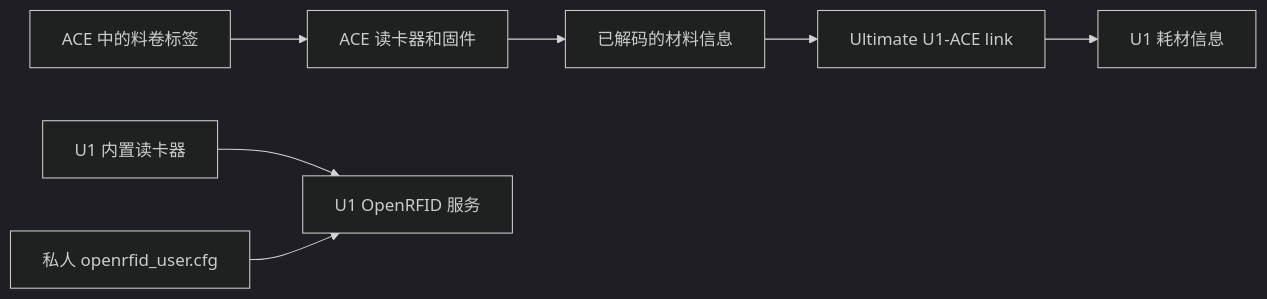
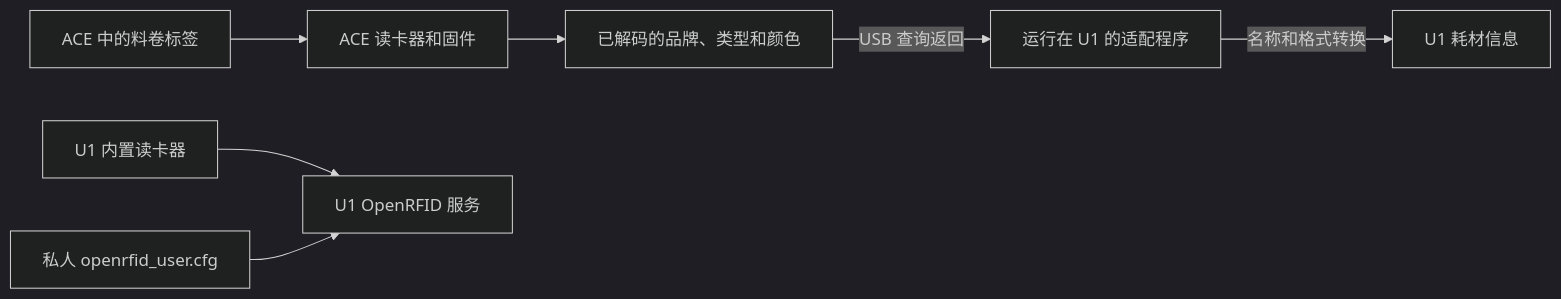
One commit to Alexantry/Ultimate-U1-ACE-link changed the diagram in docs/nfc.zh-CN.md. Above: the diagram before and after it, drawn with Mermaid (dark theme). The commit also changed other lines of this file and 16 other files, not shown here.

````diff
--- a/docs/nfc.zh-CN.md
+++ b/docs/nfc.zh-CN.md
@@ -57,9 +60,9 @@
 ```mermaid
 flowchart LR
     Tag[ACE 中的料卷标签] --> Reader[ACE 读卡器和固件]
-    Reader --> Data[已解码的材料信息]
-    Data --> Port[Ultimate U1-ACE link]
-    Port --> U1[U1 耗材信息]
+    Reader --> Data[已解码的品牌、类型和颜色]
+    Data -->|USB 查询返回| Port[运行在 U1 的适配程序]
+    Port -->|名称和格式转换| U1[U1 耗材信息]
     Internal[U1 内置读卡器] --> OpenRFID[U1 OpenRFID 服务]
     Keys[私人 openrfid_user.cfg] --> OpenRFID
 ```
````
